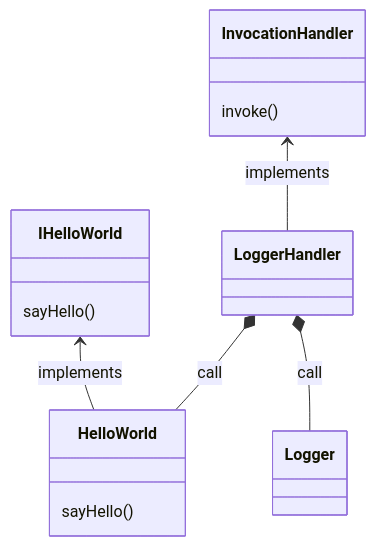
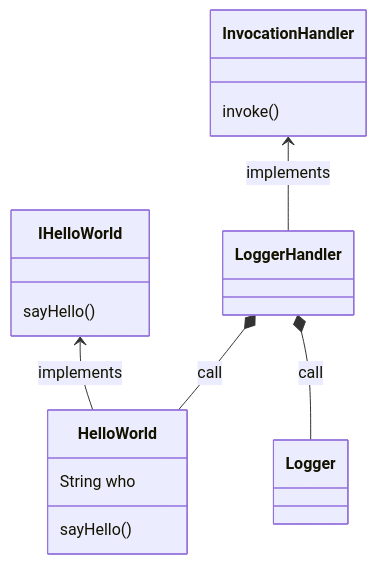
Before and after one commit to Houchengisnull/helloWorld: diagram 14 of 16 in documents/markdown.md, drawn with Mermaid. The commit also changed other lines of this file, not shown here.

Commit message:
# markdown - 类图

````diff
--- a/documents/markdown.md
+++ b/documents/markdown.md
@@ -321,11 +365,12 @@
 ``` mermaid
 classDiagram
 
 IHelloWorld <-- HelloWorld : implements
 IHelloWorld : sayHello()
 LoggerHandler *-- Logger : call
 LoggerHandler *-- HelloWorld : call
 HelloWorld : sayHello()
+HelloWorld : String who
 InvocationHandler <-- LoggerHandler : implements
 InvocationHandler : invoke()
 ```
````
